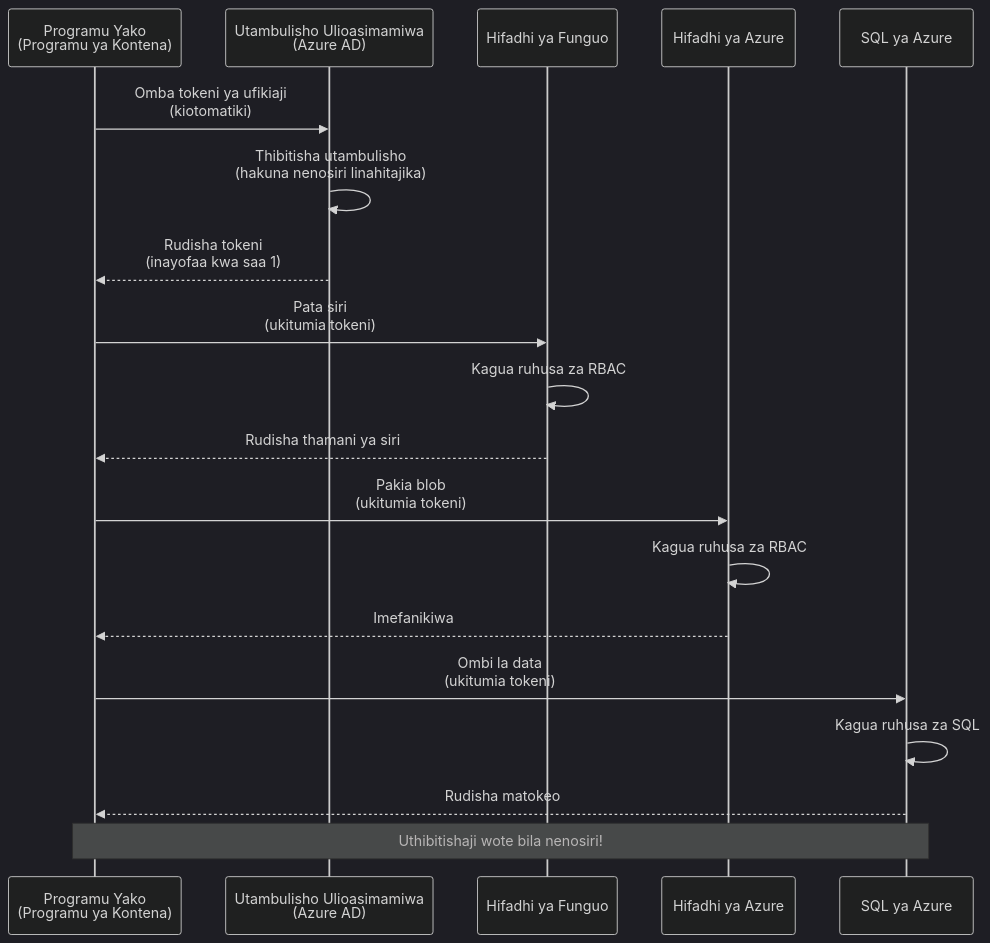
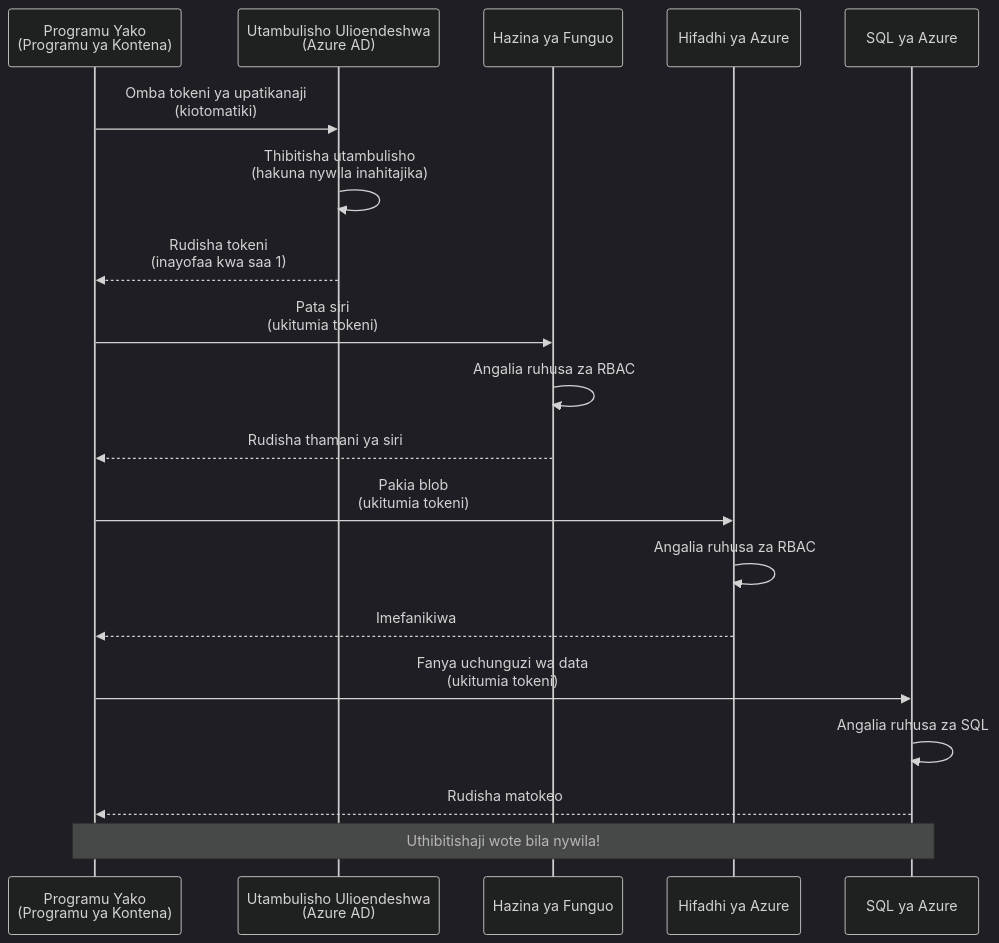
The first of 2 diagrams in translations/sw/docs/chapter-03-configuration/authsecurity.md (microsoft/AZD-for-beginners), drawn with Mermaid (dark theme) before and after one commit. The commit also changed other lines of this file and 101 other files, not shown here.

````diff
--- a/translations/sw/docs/chapter-03-configuration/authsecurity.md
+++ b/translations/sw/docs/chapter-03-configuration/authsecurity.md
@@ -69,26 +69,26 @@
 ```mermaid
 sequenceDiagram
     participant App as Programu Yako<br/>(Programu ya Kontena)
-    participant MI as Utambulisho Ulioasimamiwa<br/>(Azure AD)
-    participant KV as Hifadhi ya Funguo
+    participant MI as Utambulisho Ulioendeshwa<br/>(Azure AD)
+    participant KV as Hazina ya Funguo
     participant Storage as Hifadhi ya Azure
     participant DB as SQL ya Azure
     
-    App->>MI: Omba tokeni ya ufikiaji<br/>(kiotomatiki)
-    MI->>MI: Thibitisha utambulisho<br/>(hakuna nenosiri linahitajika)
+    App->>MI: Omba tokeni ya upatikanaji<br/>(kiotomatiki)
+    MI->>MI: Thibitisha utambulisho<br/>(hakuna nywila inahitajika)
     MI-->>App: Rudisha tokeni<br/>(inayofaa kwa saa 1)
     
     App->>KV: Pata siri<br/>(ukitumia tokeni)
-    KV->>KV: Kagua ruhusa za RBAC
+    KV->>KV: Angalia ruhusa za RBAC
     KV-->>App: Rudisha thamani ya siri
     
     App->>Storage: Pakia blob<br/>(ukitumia tokeni)
-    Storage->>Storage: Kagua ruhusa za RBAC
+    Storage->>Storage: Angalia ruhusa za RBAC
     Storage-->>App: Imefanikiwa
     
-    App->>DB: Ombi la data<br/>(ukitumia tokeni)
-    DB->>DB: Kagua ruhusa za SQL
+    App->>DB: Fanya uchunguzi wa data<br/>(ukitumia tokeni)
+    DB->>DB: Angalia ruhusa za SQL
     DB-->>App: Rudisha matokeo
     
-    Note over App,DB: Uthibitishaji wote bila nenosiri!
+    Note over App,DB: Uthibitishaji wote bila nywila!
 ```
````
